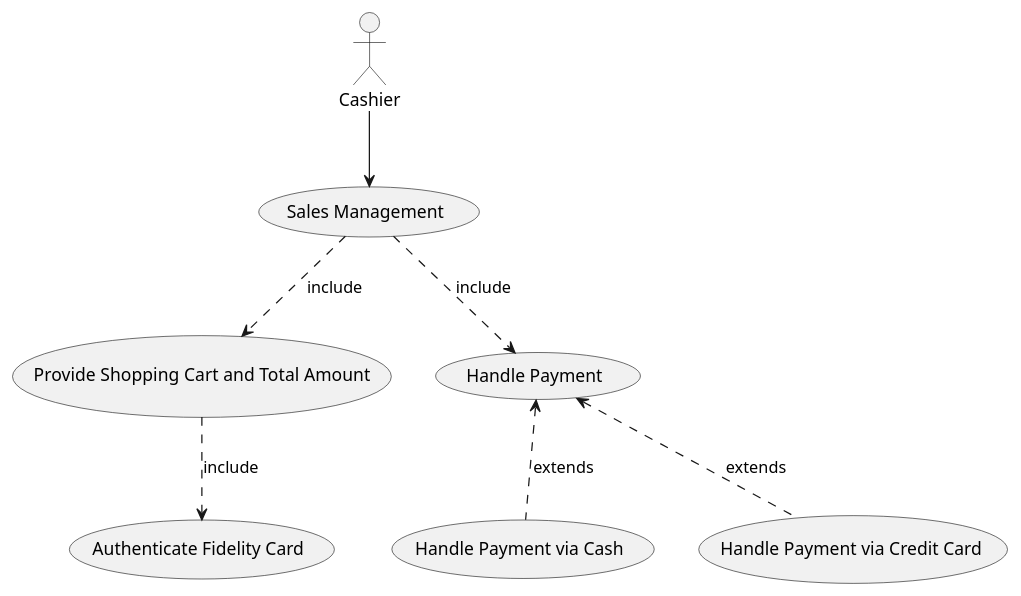
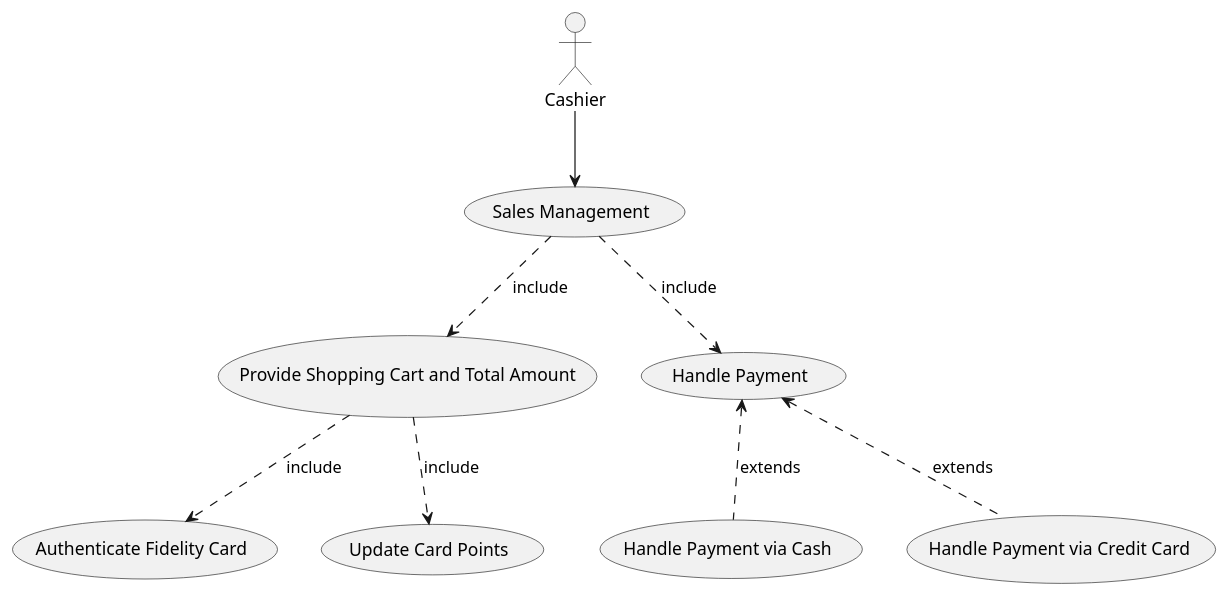
The third of 11 diagrams in Deliverables/RequirementsDocument.md (Stormz4/group20-EzShop), drawn with PlantUML before and after one commit. The commit also changed other lines of this file, not shown here.

````diff
--- a/Deliverables/RequirementsDocument.md
+++ b/Deliverables/RequirementsDocument.md
@@ -278,8 +274,11 @@
+```plantuml
 @startuml
 :Cashier:     --> (Sales Management)
 (Sales Management) ..> (Provide Shopping Cart and Total Amount) : include
 (Provide Shopping Cart and Total Amount) ..> (Authenticate Fidelity Card) : include
+(Provide Shopping Cart and Total Amount) ..> (Update Card Points) : include
 (Sales Management) ..> (Handle Payment) : include
 (Handle Payment) <.. (Handle Payment via Cash) : extends
 (Handle Payment) <.. (Handle Payment via Credit Card) : extends
 @enduml
+```
````
